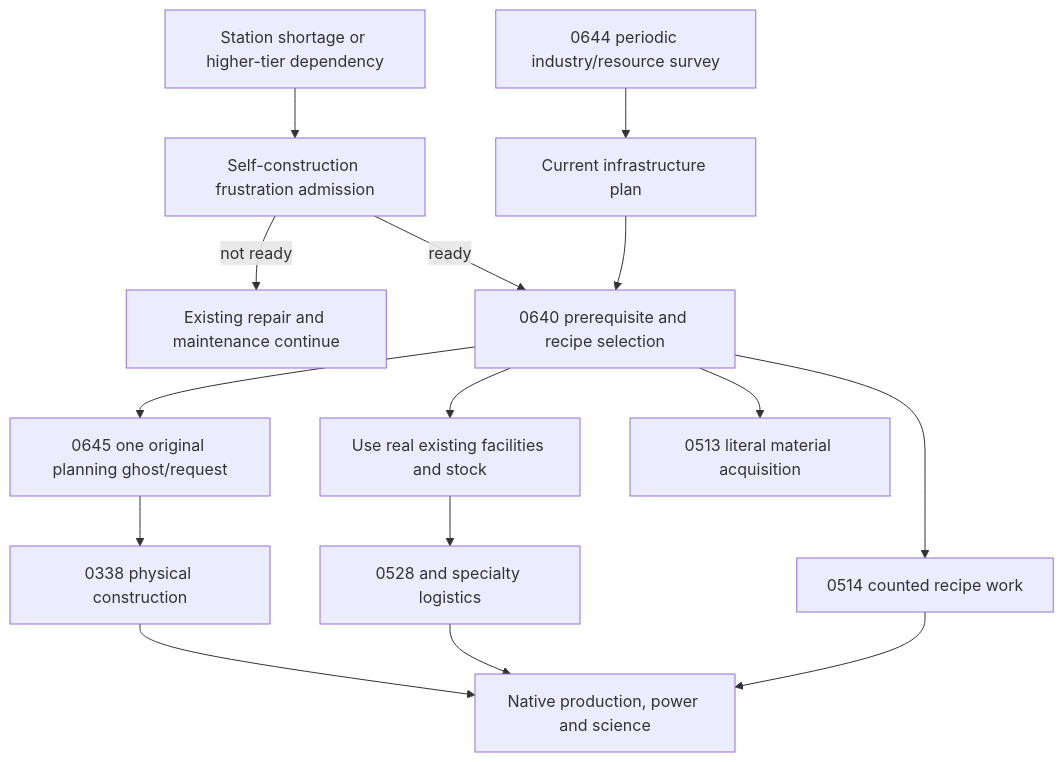
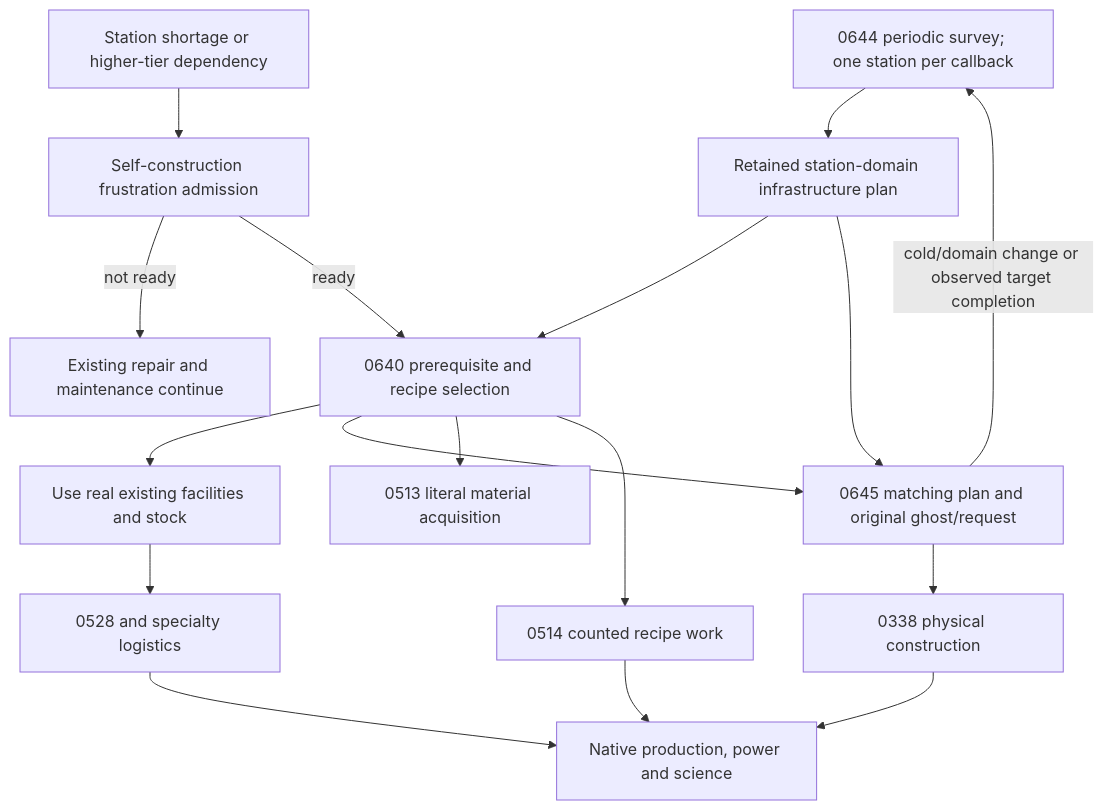
One commit to mrcalzon02/Tech-Priests changed the diagram in docs/BEHAVIOR_MERMAID_FUNCTION_DRILLDOWN_0666_INFRASTRUCTURE_PLANNING.md. Above: the diagram before and after it, drawn with Mermaid. The commit also changed other lines of this file and 31 other files, not shown here.

````diff
--- a/docs/BEHAVIOR_MERMAID_FUNCTION_DRILLDOWN_0666_INFRASTRUCTURE_PLANNING.md
+++ b/docs/BEHAVIOR_MERMAID_FUNCTION_DRILLDOWN_0666_INFRASTRUCTURE_PLANNING.md
@@ -15,17 +15,19 @@
 ```mermaid
 flowchart TD
-    Survey["0644 periodic industry/resource survey"] --> Plan["Current infrastructure plan"]
+    Survey["0644 periodic survey; one station per callback"] --> Plan["Retained station-domain infrastructure plan"]
     Need["Station shortage or higher-tier dependency"] --> Gate["Self-construction frustration admission"]
     Gate -->|"not ready"| Maintain["Existing repair and maintenance continue"]
     Gate -->|"ready"| Governor["0640 prerequisite and recipe selection"]
     Plan --> Governor
     Governor --> Existing["Use real existing facilities and stock"]
-    Governor --> Build["0645 one original planning ghost/request"]
+    Governor --> Build["0645 matching plan and original ghost/request"]
+    Plan --> Build
+    Build -->|"cold/domain change or observed target completion"| Survey
     Build --> Constructor["0338 physical construction"]
     Governor --> Acquire["0513 literal material acquisition"]
     Governor --> Craft["0514 counted recipe work"]
     Existing --> Logistics["0528 and specialty logistics"]
     Constructor --> Native["Native production, power and science"]
     Logistics --> Native
     Craft --> Native
 ```
````
